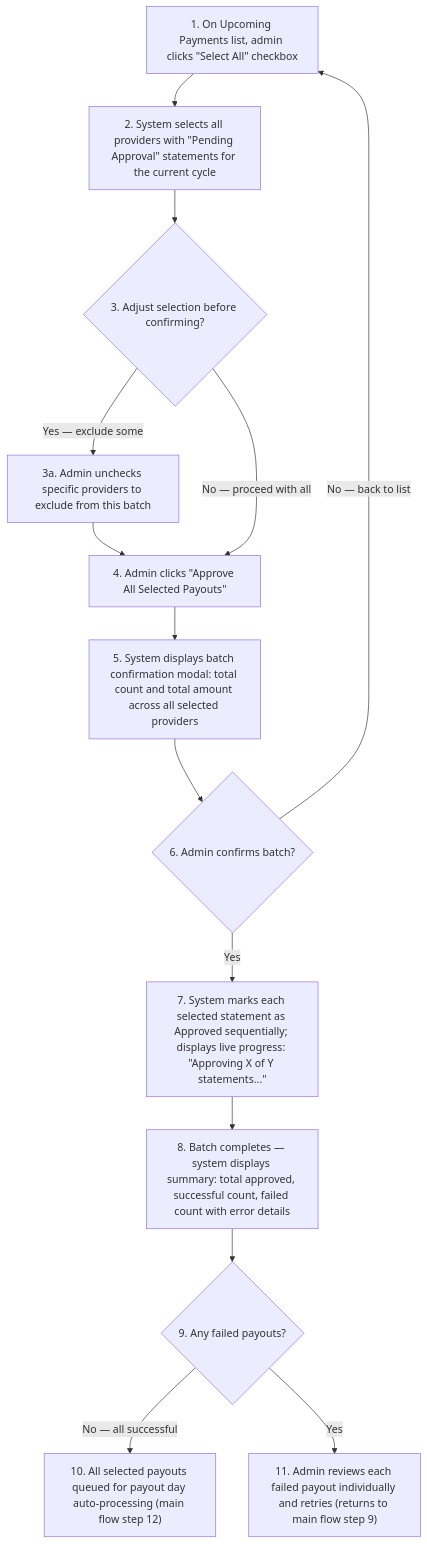
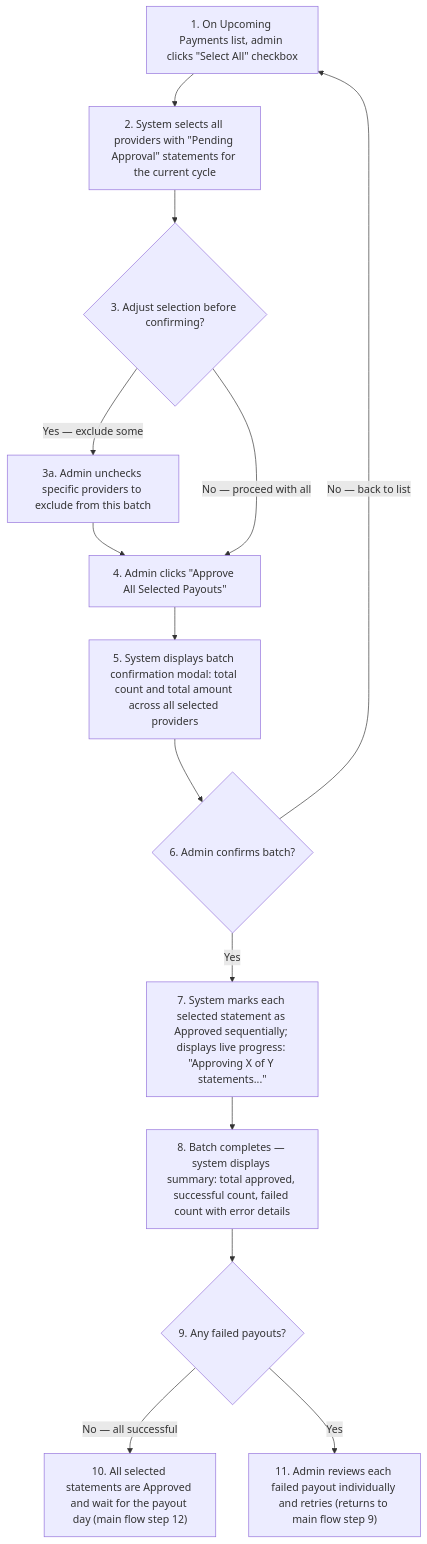
One commit to joachimtrungtuan/hairline-pm-docs changed the second of 7 diagrams in project-requirements/functional-requirements/fr017-admin-billing-finance/prd.md. Above: the diagram before and after it, drawn with Mermaid. The commit also changed other lines of this file and 5 other files, not shown here.

Commit message:
docs(fr017): apply logic review pass 1 fixes to PRD and graph

````diff
--- a/project-requirements/functional-requirements/fr017-admin-billing-finance/prd.md
+++ b/project-requirements/functional-requirements/fr017-admin-billing-finance/prd.md
@@ -196,16 +191,16 @@
 ```mermaid
 flowchart TD
   A2S1["1. On Upcoming Payments list, admin clicks &quot;Select All&quot; checkbox"] --> A2S2["2. System selects all providers with &quot;Pending Approval&quot; statements for the current cycle"]
   A2S2 --> A2S3{"3. Adjust selection before confirming?"}
   A2S3 -->|"Yes — exclude some"| A2S3A["3a. Admin unchecks specific providers to exclude from this batch"]
   A2S3A --> A2S4
   A2S3 -->|"No — proceed with all"| A2S4["4. Admin clicks &quot;Approve All Selected Payouts&quot;"]
   A2S4 --> A2S5["5. System displays batch confirmation modal: total count and total amount across all selected providers"]
   A2S5 --> A2S6{"6. Admin confirms batch?"}
   A2S6 -->|"No — back to list"| A2S1
   A2S6 -->|"Yes"| A2S7["7. System marks each selected statement as Approved sequentially; displays live progress: &quot;Approving X of Y statements...&quot;"]
   A2S7 --> A2S8["8. Batch completes — system displays summary: total approved, successful count, failed count with error details"]
   A2S8 --> A2S9{"9. Any failed payouts?"}
-  A2S9 -->|"No — all successful"| A2S10["10. All selected payouts queued for payout day auto-processing (main flow step 12)"]
+  A2S9 -->|"No — all successful"| A2S10["10. All selected statements are Approved and wait for the payout day (main flow step 12)"]
   A2S9 -->|"Yes"| A2S11["11. Admin reviews each failed payout individually and retries (returns to main flow step 9)"]
 ```
````
